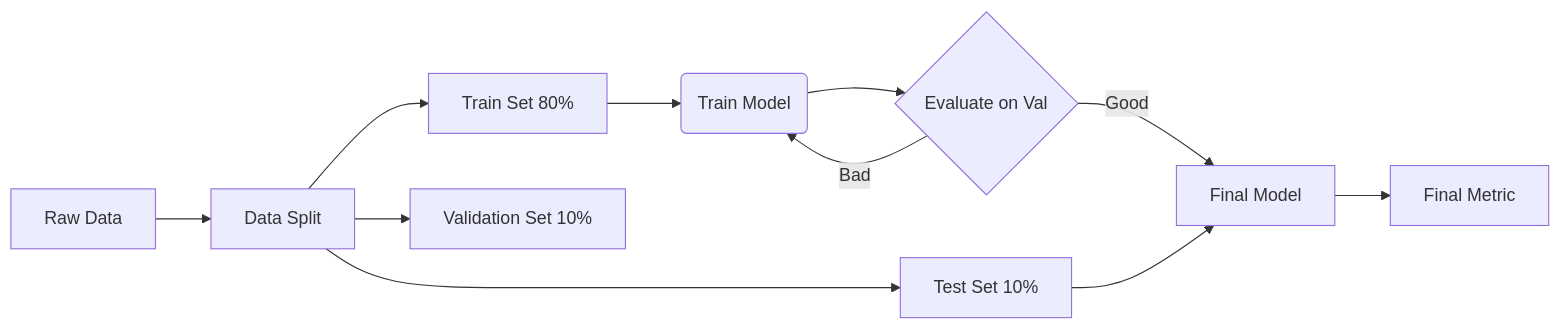
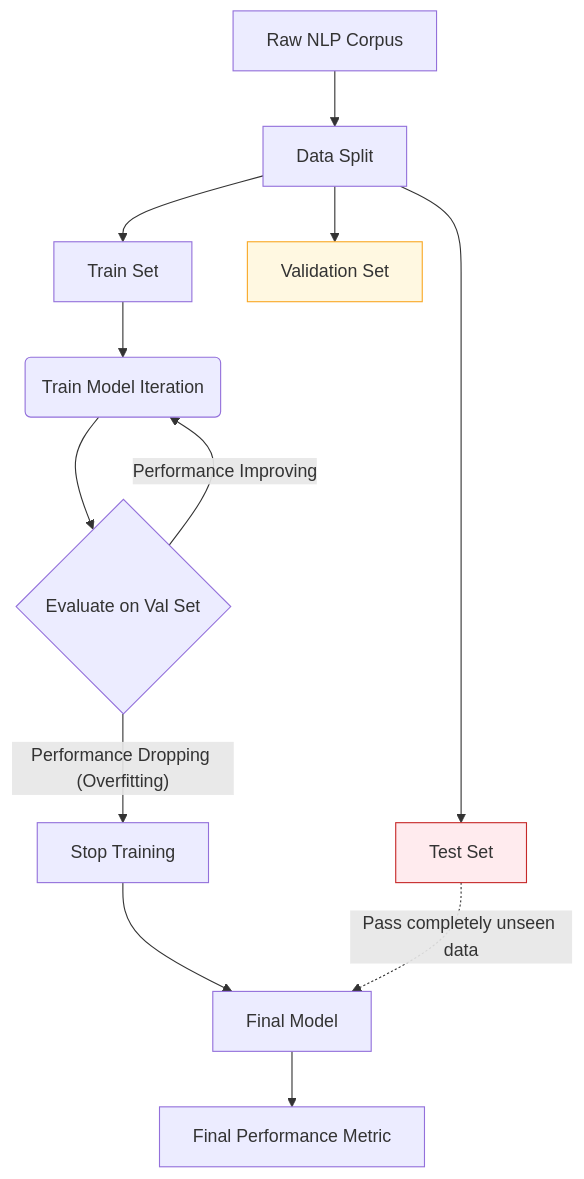
Before and after one commit to Raunak4518/nlp: the diagram in docs/01-nlp-fundamentals/machine-learning-foundations.md, drawn with Mermaid. The commit also changed other lines of this file and 35 other files, not shown here.

````diff
--- a/docs/01-nlp-fundamentals/machine-learning-foundations.md
+++ b/docs/01-nlp-fundamentals/machine-learning-foundations.md
@@ -17,13 +20,20 @@
 ```mermaid
-flowchart LR
-    A[Raw Data] --> B[Data Split]
-    B --> C[Train Set 80%]
-    B --> D[Validation Set 10%]
-    B --> E[Test Set 10%]
-    C --> F(Train Model)
-    F --> G{Evaluate on Val}
-    G -- Bad --> F
-    G -- Good --> H[Final Model]
-    E --> H
-    H --> I[Final Metric]
+flowchart TD
+    A[Raw NLP Corpus] --> B[Data Split]
+    
+    B --> C[Train Set]
+    B --> D[Validation Set]
+    B --> E[Test Set]
+    
+    C --> F(Train Model Iteration)
+    F --> G{Evaluate on Val Set}
+    G -- "Performance Improving" --> F
+    G -- "Performance Dropping (Overfitting)" --> H[Stop Training]
+    
+    H --> I[Final Model]
+    E -.-> |"Pass completely unseen data"| I
+    I --> J[Final Performance Metric]
+    
+    style E fill:#ffebee,stroke:#c62828
+    style D fill:#fff8e1,stroke:#f9a825
 ```
````
